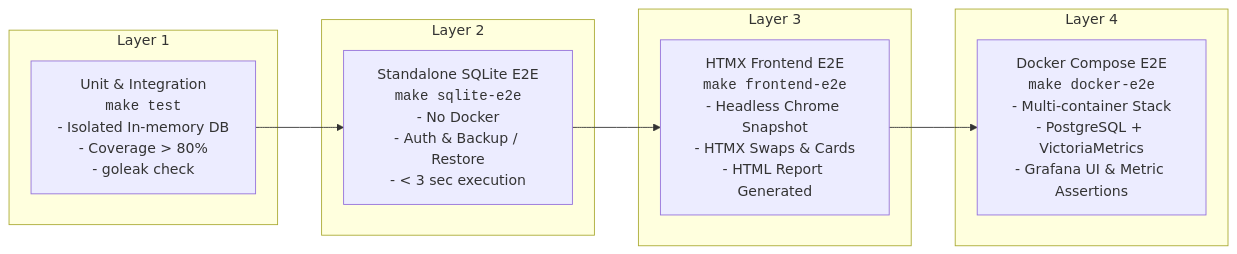
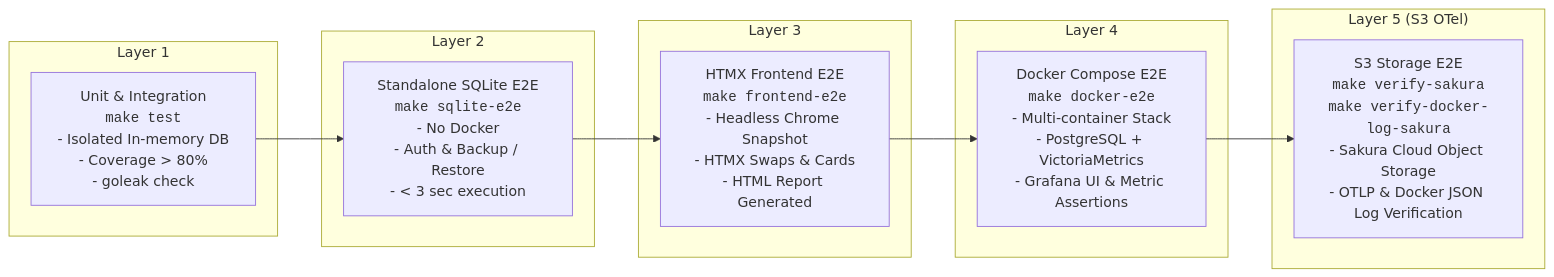
The second of 3 diagrams in docs/architecture.md (sh0jitmy/sacloud-otel-exporter-practice), drawn with Mermaid before and after one commit. The commit also changed other lines of this file and 4 other files, not shown here.

Commit message:
docs: update README, architecture and requirements for Sakura Cloud Object Storage OTel integration

````diff
--- a/docs/architecture.md
+++ b/docs/architecture.md
@@ -112,17 +112,20 @@
 ```mermaid
 graph LR
     subgraph "Layer 1"
         L1["Unit & Integration<br/><code>make test</code><br/>- Isolated In-memory DB<br/>- Coverage > 80%<br/>- goleak check"]
     end
     subgraph "Layer 2"
         L2["Standalone SQLite E2E<br/><code>make sqlite-e2e</code><br/>- No Docker<br/>- Auth & Backup / Restore<br/>- < 3 sec execution"]
     end
     subgraph "Layer 3"
         L3["HTMX Frontend E2E<br/><code>make frontend-e2e</code><br/>- Headless Chrome Snapshot<br/>- HTMX Swaps & Cards<br/>- HTML Report Generated"]
     end
     subgraph "Layer 4"
         L4["Docker Compose E2E<br/><code>make docker-e2e</code><br/>- Multi-container Stack<br/>- PostgreSQL + VictoriaMetrics<br/>- Grafana UI & Metric Assertions"]
     end
+    subgraph "Layer 5 (S3 OTel)"
+        L5["S3 Storage E2E<br/><code>make verify-sakura</code><br/><code>make verify-docker-log-sakura</code><br/>- Sakura Cloud Object Storage<br/>- OTLP & Docker JSON Log Verification"]
+    end
     
-    L1 --> L2 --> L3 --> L4
+    L1 --> L2 --> L3 --> L4 --> L5
 ```
````
